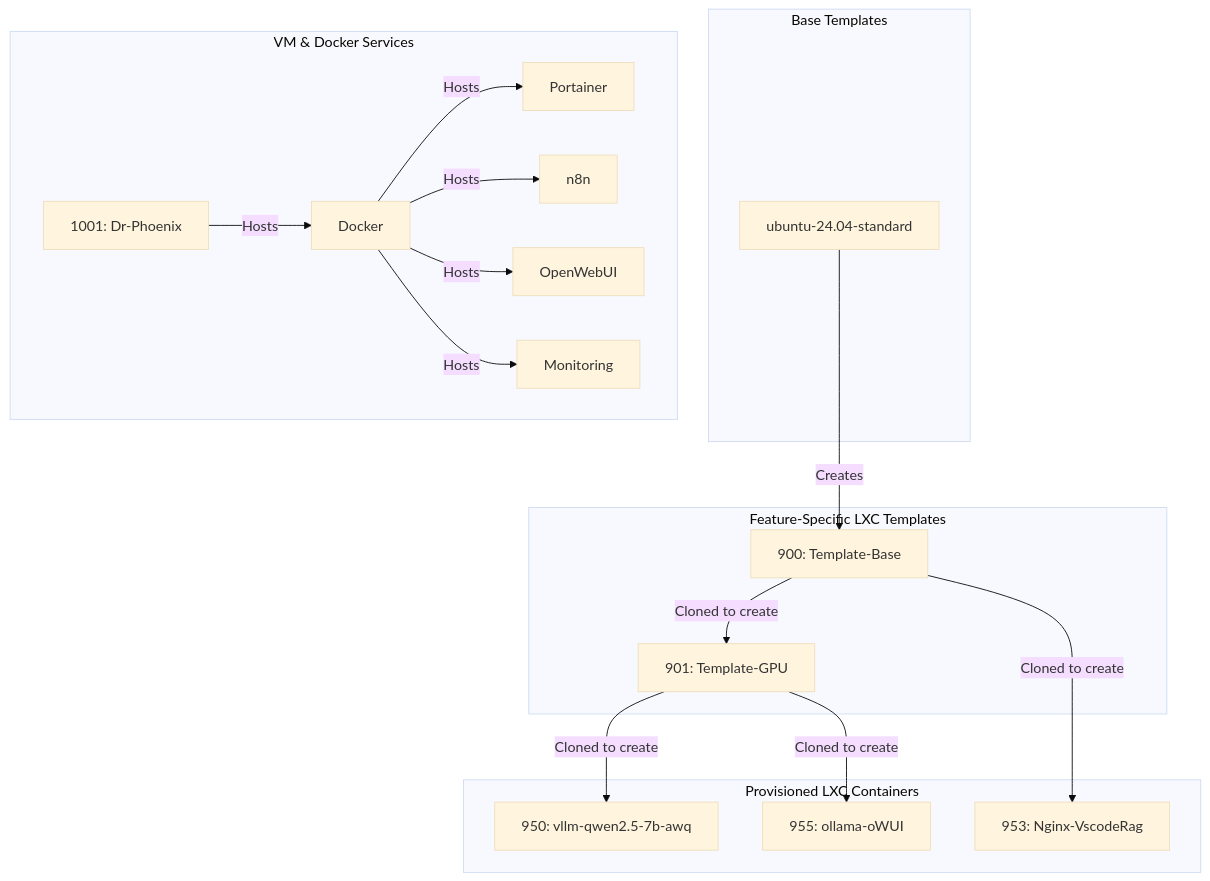
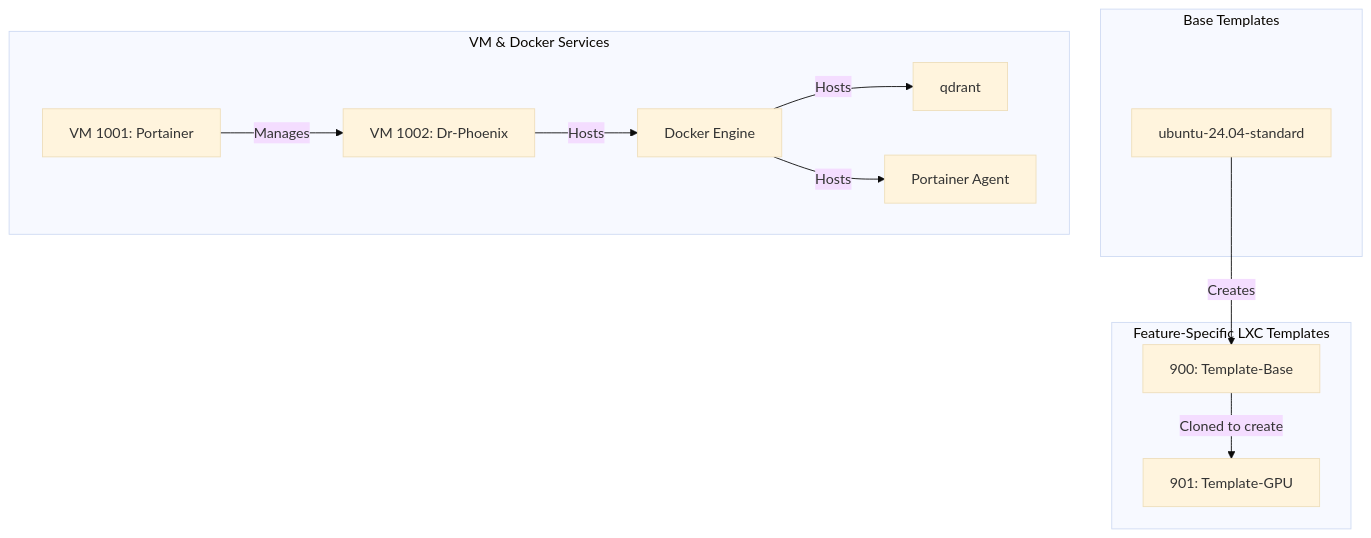
The fourth of 5 diagrams in Thinkheads.AI_docs/02_technical_strategy_and_architecture/26_phoenix_hypervisor_unified_architecture_guide.md (SirHeads/Testing-ideas), drawn with Mermaid (base theme) before and after one commit. The commit also changed other lines of this file and 21 other files, not shown here.

Commit message:
vm dr-phoenix up with qdrant

````diff
--- a/Thinkheads.AI_docs/02_technical_strategy_and_architecture/26_phoenix_hypervisor_unified_architecture_guide.md
+++ b/Thinkheads.AI_docs/02_technical_strategy_and_architecture/26_phoenix_hypervisor_unified_architecture_guide.md
@@ -218,39 +218,27 @@
 ```mermaid
 graph TD
     subgraph "Base Templates"
         T1[ubuntu-24.04-standard]
     end
 
     subgraph "Feature-Specific LXC Templates"
         T2[900: Template-Base]
         T3[901: Template-GPU]
     end
 
-    subgraph "Provisioned LXC Containers"
-        C1[950: vllm-qwen2.5-7b-awq]
-        C2[953: Nginx-VscodeRag]
-        C3[955: ollama-oWUI]
-    end
-
     subgraph "VM & Docker Services"
-        VM[1001: Dr-Phoenix]
-        Docker["Docker"]
-        Portainer["Portainer"]
-        N8N["n8n"]
-        OpenWebUI["OpenWebUI"]
-        Monitoring["Monitoring"]
+        VM1001["VM 1001: Portainer"]
+        VM1002["VM 1002: Dr-Phoenix"]
+        Docker["Docker Engine"]
+        Qdrant["qdrant"]
+        Portainer["Portainer Agent"]
     end
 
     T1 -- Creates --> T2
     T2 -- Cloned to create --> T3
 
-    T3 -- Cloned to create --> C1
-    T2 -- Cloned to create --> C2
-    T3 -- Cloned to create --> C3
-
-    VM -- Hosts --> Docker
+    VM1001 -- Manages --> VM1002
+    VM1002 -- Hosts --> Docker
+    Docker -- Hosts --> Qdrant
     Docker -- Hosts --> Portainer
-    Docker -- Hosts --> N8N
-    Docker -- Hosts --> OpenWebUI
-    Docker -- Hosts --> Monitoring
 ```
````
